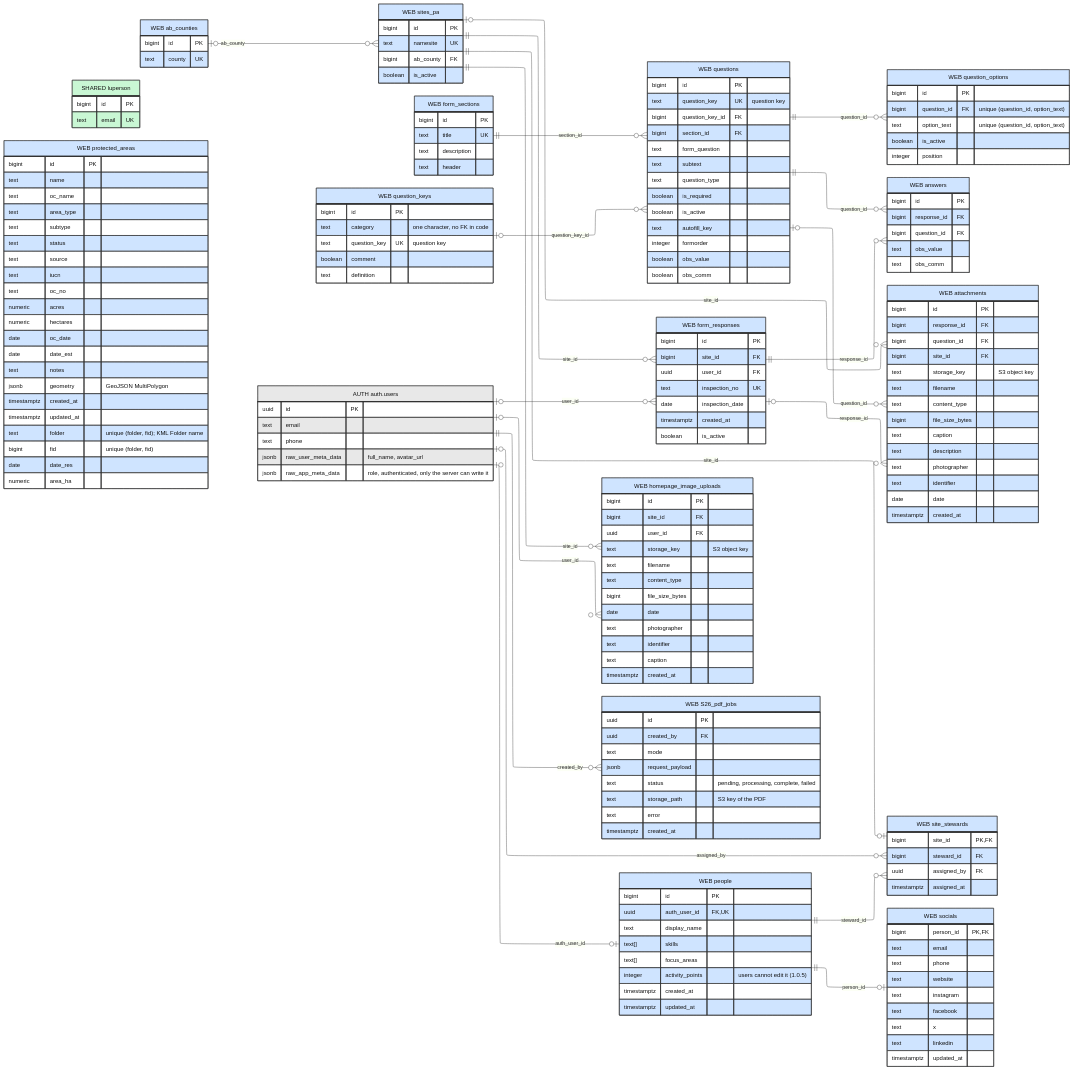
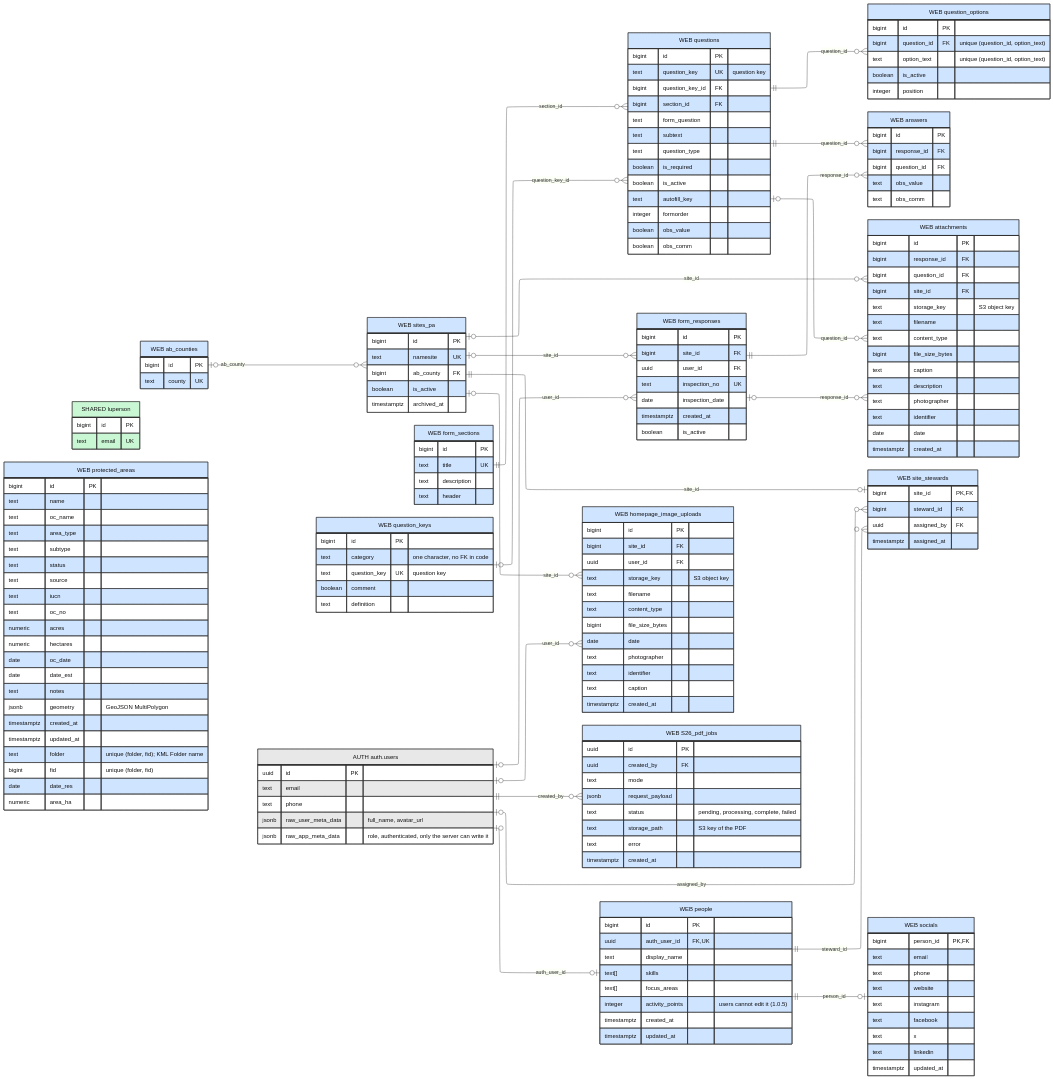
The diagram in docs/assets/ER_Diagram.mmd (SAPAA-Dev/W26Project-SAPAA-Dev-Team), drawn with Mermaid before and after one commit. The commit also changed 34 other files, not shown here.

```diff
--- a/docs/assets/ER_Diagram.mmd
+++ b/docs/assets/ER_Diagram.mmd
@@ -57,6 +57,7 @@
         text namesite UK
         bigint ab_county FK
         boolean is_active
+        timestamptz archived_at
     }
 
     form_sections["WEB form_sections"] {
@@ -222,14 +223,14 @@
     question_keys |o--o{ questions : "question_key_id"
     form_sections ||--o{ questions : "section_id"
     questions ||--o{ question_options : "question_id"
-    sites_pa ||--o{ form_responses : "site_id"
+    sites_pa |o--o{ form_responses : "site_id"
     auth_users |o--o{ form_responses : "user_id"
     form_responses ||--o{ answers : "response_id"
     questions ||--o{ answers : "question_id"
     form_responses |o--o{ attachments : "response_id"
     questions |o--o{ attachments : "question_id"
     sites_pa |o--o{ attachments : "site_id"
-    sites_pa ||--o{ homepage_image_uploads : "site_id"
+    sites_pa |o--o{ homepage_image_uploads : "site_id"
     auth_users |o--o{ homepage_image_uploads : "user_id"
     auth_users ||--o{ S26_pdf_jobs : "created_by"
     auth_users |o--o| people : "auth_user_id"
```
